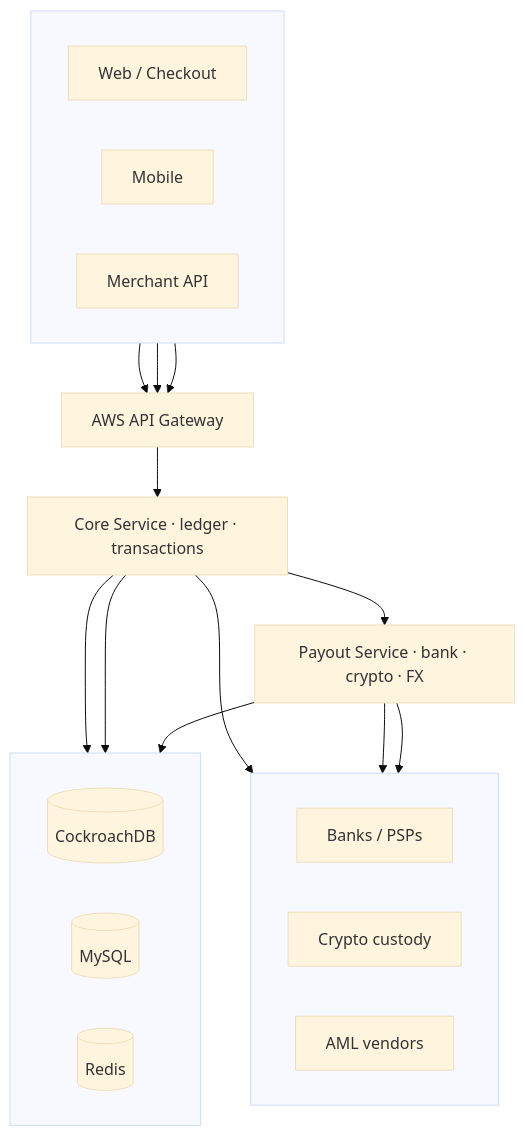
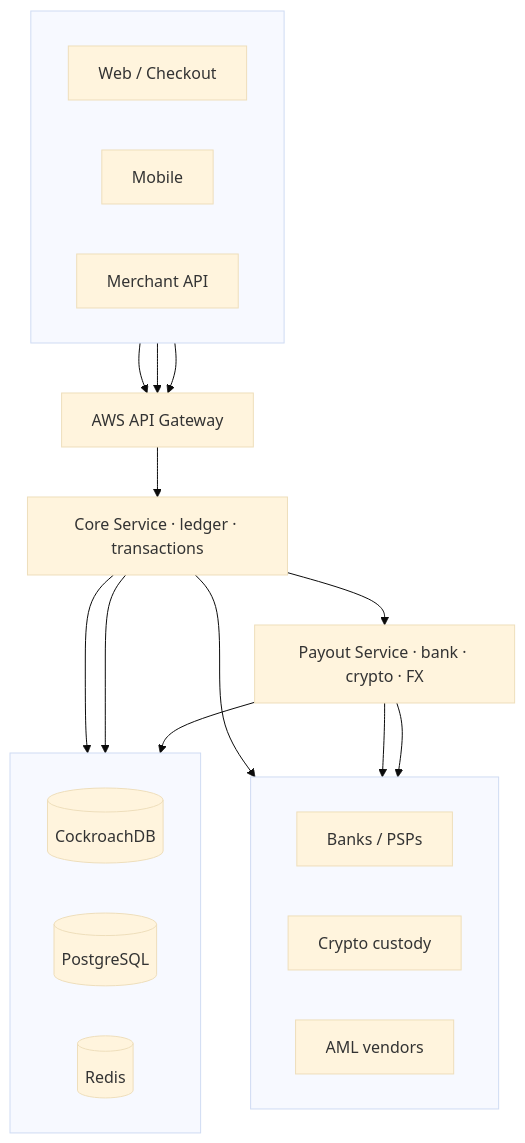
One commit to Aibier/Aibier changed the diagram in README.md. Above: the diagram before and after it, drawn with Mermaid (base theme). The commit also changed other lines of this file, not shown here.

Commit message:
Replace MySQL with Postgres in stack badges and architecture diagram
Claude-Session: https://claude.ai/code/session_01HTw5qN9j4NwLPo9VjjNsmk

````diff
--- a/README.md
+++ b/README.md
@@ -96,39 +95,39 @@
 ```mermaid
 flowchart TB
  subgraph clients[" "]
  direction LR
  A[Web / Checkout]
  B[Mobile]
  C[Merchant API]
  end
 
  API[AWS API Gateway]
  CORE[Core Service · ledger · transactions]
  PAY[Payout Service · bank · crypto · FX]
 
  subgraph external[" "]
  direction LR
  D[Banks / PSPs]
  E[Crypto custody]
  F[AML vendors]
  end
 
  subgraph data[" "]
  direction LR
  G[(CockroachDB)]
- H[(MySQL)]
+ H[(PostgreSQL)]
  I[(Redis)]
  end
 
  A --> API
  B --> API
  C --> API
  API --> CORE
  CORE --> PAY
  CORE --> F
  CORE --> G
  CORE --> I
  PAY --> D
  PAY --> E
  PAY --> H
 ```
````
